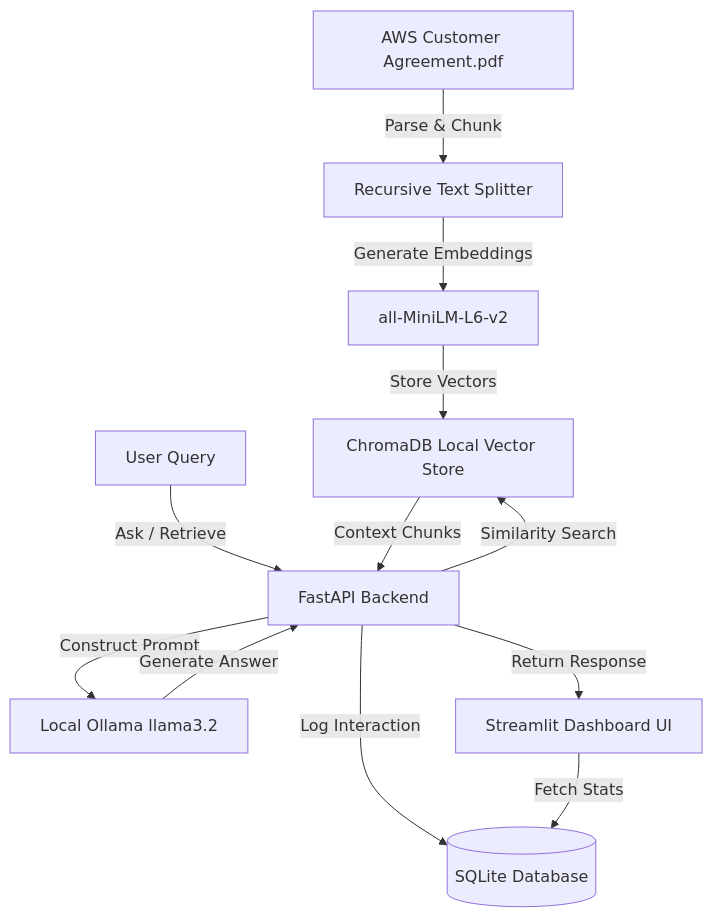
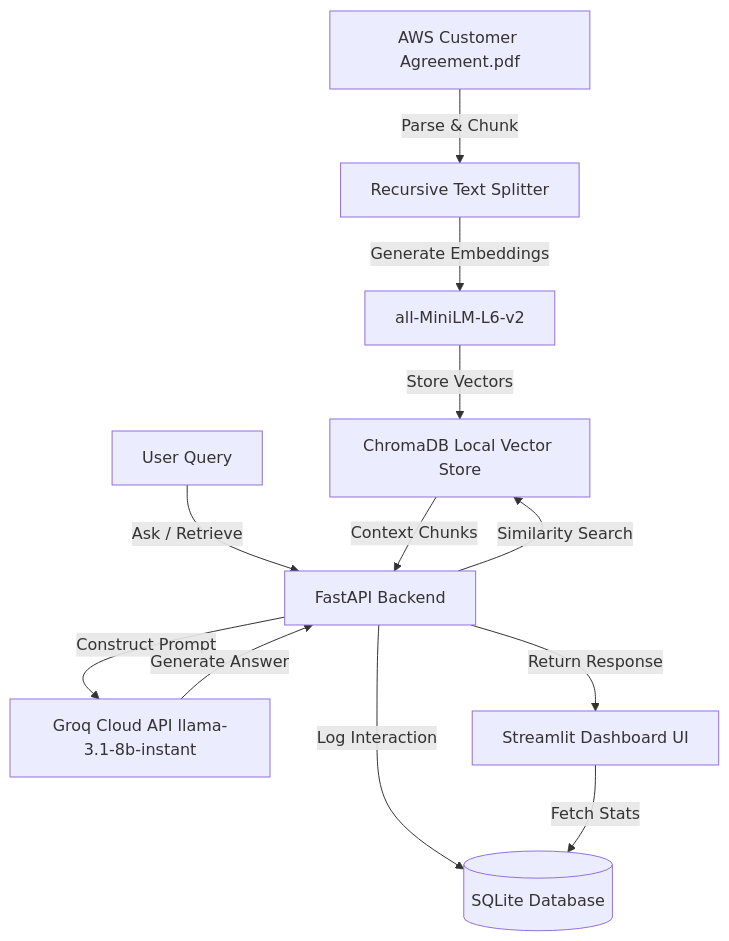
One commit to ichhit-ai/RAGu changed the diagram in README.md. Above: the diagram before and after it, drawn with Mermaid. The commit also changed other lines of this file, not shown here.

Commit message:
Update README.md with Groq Cloud API details and environment setup

````diff
--- a/README.md
+++ b/README.md
@@ -9,16 +9,16 @@
 ```mermaid
 graph TD
     A[AWS Customer Agreement.pdf] -->|Parse & Chunk| B[Recursive Text Splitter]
     B -->|Generate Embeddings| C[all-MiniLM-L6-v2]
     C -->|Store Vectors| D[ChromaDB Local Vector Store]
     
     E[User Query] -->|Ask / Retrieve| F[FastAPI Backend]
     F -->|Similarity Search| D
     D -->|Context Chunks| F
-    F -->|Construct Prompt| G[Local Ollama llama3.2]
+    F -->|Construct Prompt| G[Groq Cloud API llama-3.1-8b-instant]
     G -->|Generate Answer| F
     
     F -->|Log Interaction| H[(SQLite Database)]
     F -->|Return Response| I[Streamlit Dashboard UI]
     I -->|Fetch Stats| H
 ```
````
